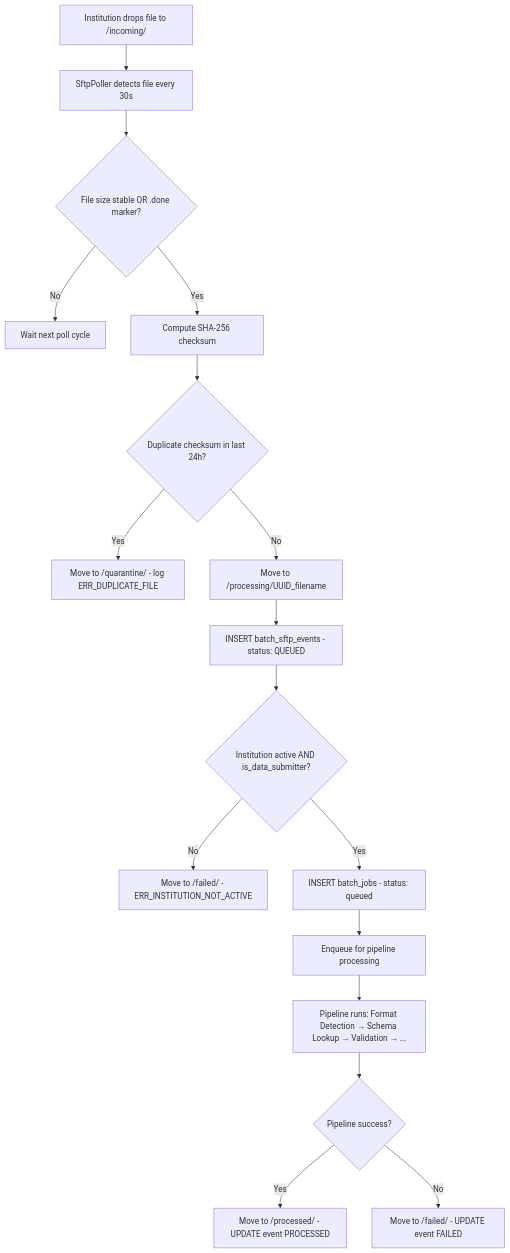
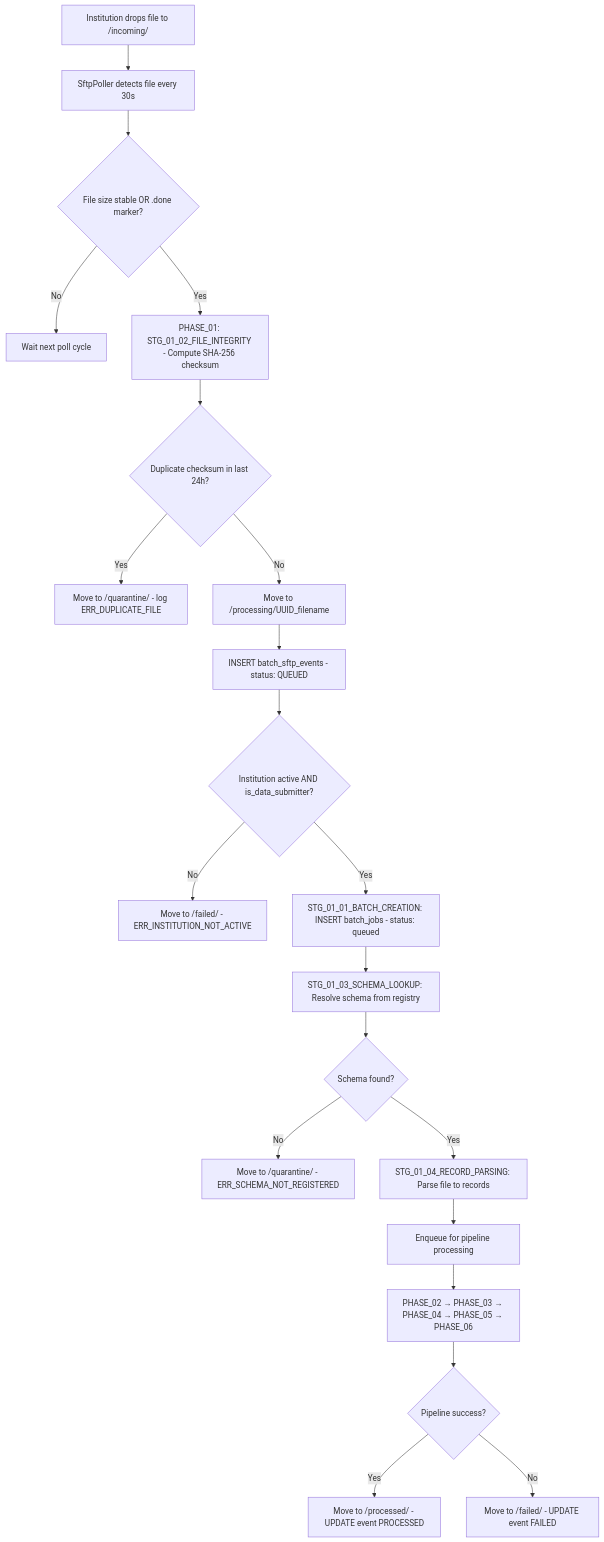
Before and after one commit to ashutoshbelulkar-coder/credit-harmony: the diagram in docs/User stories/EPIC-14-Batch-Pipeline.md, drawn with Mermaid. The commit also changed other lines of this file, not shown here.

First line of the commit message:
docs: update EPIC-14 to canonical 6-phase pipeline scheme

````diff
--- a/docs/User stories/EPIC-14-Batch-Pipeline.md
+++ b/docs/User stories/EPIC-14-Batch-Pipeline.md
@@ -918,19 +1071,23 @@
 ```mermaid
 flowchart TD
     A[Institution drops file to /incoming/] --> B[SftpPoller detects file every 30s]
     B --> C{File size stable OR .done marker?}
     C -->|No| D[Wait next poll cycle]
-    C -->|Yes| E[Compute SHA-256 checksum]
+    C -->|Yes| E[PHASE_01: STG_01_02_FILE_INTEGRITY - Compute SHA-256 checksum]
     E --> F{Duplicate checksum in last 24h?}
     F -->|Yes| G[Move to /quarantine/ - log ERR_DUPLICATE_FILE]
     F -->|No| H[Move to /processing/UUID_filename]
     H --> I[INSERT batch_sftp_events - status: QUEUED]
     I --> J{Institution active AND is_data_submitter?}
     J -->|No| K[Move to /failed/ - ERR_INSTITUTION_NOT_ACTIVE]
-    J -->|Yes| L[INSERT batch_jobs - status: queued]
-    L --> M[Enqueue for pipeline processing]
-    M --> N[Pipeline runs: Format Detection → Schema Lookup → Validation → ...]
+    J -->|Yes| L[STG_01_01_BATCH_CREATION: INSERT batch_jobs - status: queued]
+    L --> L2[STG_01_03_SCHEMA_LOOKUP: Resolve schema from registry]
+    L2 --> L3{Schema found?}
+    L3 -->|No| L4[Move to /quarantine/ - ERR_SCHEMA_NOT_REGISTERED]
+    L3 -->|Yes| L5[STG_01_04_RECORD_PARSING: Parse file to records]
+    L5 --> M[Enqueue for pipeline processing]
+    M --> N[PHASE_02 → PHASE_03 → PHASE_04 → PHASE_05 → PHASE_06]
     N --> O{Pipeline success?}
     O -->|Yes| P[Move to /processed/ - UPDATE event PROCESSED]
     O -->|No| Q[Move to /failed/ - UPDATE event FAILED]
 ```
````
